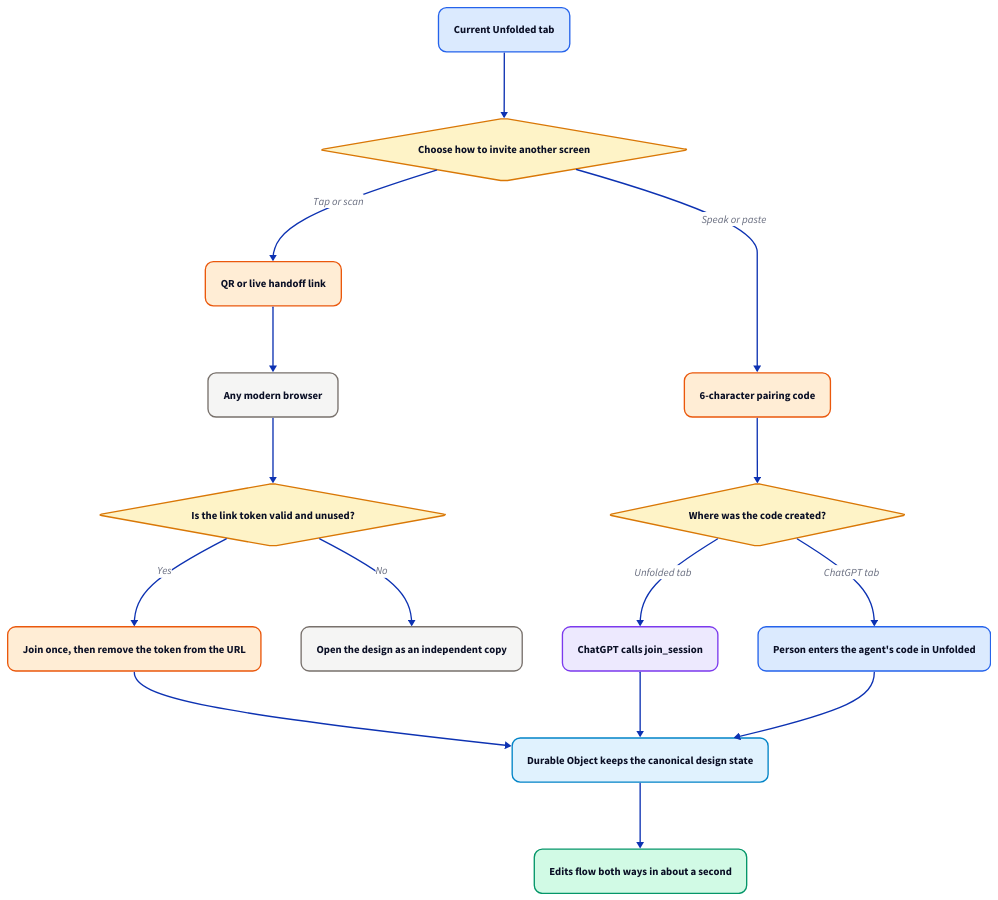
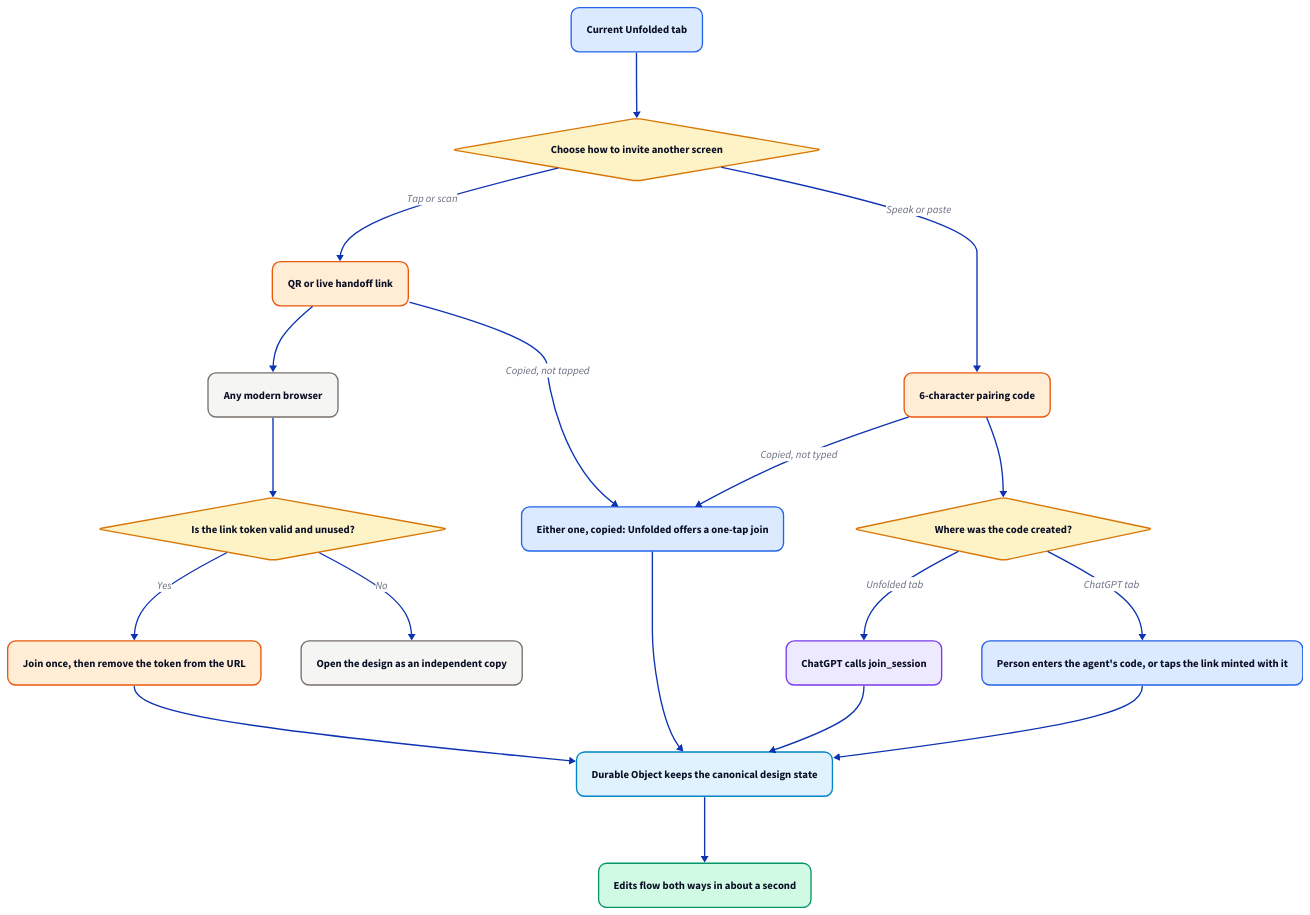
One commit to lucaguglielmi/Unfolded-Web-MCP changed the diagram in docs/diagrams/cross-device.d2. Above: the diagram before and after it, drawn with D2. The commit also changed 5 other files, not shown here.

First line of the commit message:
Re-render the diagrams from source: the clipboard join and both link minters

```diff
--- a/docs/diagrams/cross-device.d2
+++ b/docs/diagrams/cross-device.d2
@@ -1,64 +1,70 @@
 direction: down
 
 source: Current Unfolded tab
 choice: Choose how to invite another screen {
   shape: diamond
 }
 handoff-link: QR or live handoff link
 code: 6-character pairing code
 browser: Any modern browser
 valid: Is the link token valid and unused? {
   shape: diamond
 }
 claim-link: Join once, then remove the token from the URL
 copy: Open the design as an independent copy
 minted: Where was the code created? {
   shape: diamond
 }
 agent: ChatGPT calls join_session
-enter: Person enters the agent's code in Unfolded
+enter: Person enters the agent's code, or taps the link minted with it
+clipboard: Either one, copied: Unfolded offers a one-tap join
 session: Durable Object keeps the canonical design state
 result: Edits flow both ways in about a second
 
 source -> choice
 choice -> handoff-link: Tap or scan
 choice -> code: Speak or paste
 handoff-link -> browser
+handoff-link -> clipboard: Copied, not tapped
+code -> clipboard: Copied, not typed
+clipboard -> session
 browser -> valid
 valid -> claim-link: Yes
 valid -> copy: No
 code -> minted
 minted -> agent: Unfolded tab
 minted -> enter: ChatGPT tab
 claim-link -> session
 agent -> session
 enter -> session
 session -> result
 
 *.style.border-radius: 12
 source.style.fill: "#dbeafe"
 source.style.stroke: "#2563eb"
 choice.style.fill: "#fef3c7"
 choice.style.stroke: "#d97706"
 handoff-link.style.fill: "#ffedd5"
 handoff-link.style.stroke: "#ea580c"
 code.style.fill: "#ffedd5"
 code.style.stroke: "#ea580c"
 browser.style.fill: "#f5f5f4"
 browser.style.stroke: "#78716c"
 valid.style.fill: "#fef3c7"
 valid.style.stroke: "#d97706"
 agent.style.fill: "#ede9fe"
 agent.style.stroke: "#7c3aed"
 claim-link.style.fill: "#ffedd5"
 claim-link.style.stroke: "#ea580c"
 copy.style.fill: "#f5f5f4"
 copy.style.stroke: "#78716c"
 minted.style.fill: "#fef3c7"
 minted.style.stroke: "#d97706"
 enter.style.fill: "#dbeafe"
 enter.style.stroke: "#2563eb"
+clipboard.style.fill: "#dbeafe"
+clipboard.style.stroke: "#2563eb"
 session.style.fill: "#e0f2fe"
 session.style.stroke: "#0284c7"
 result.style.fill: "#d1fae5"
 result.style.stroke: "#059669"
```
